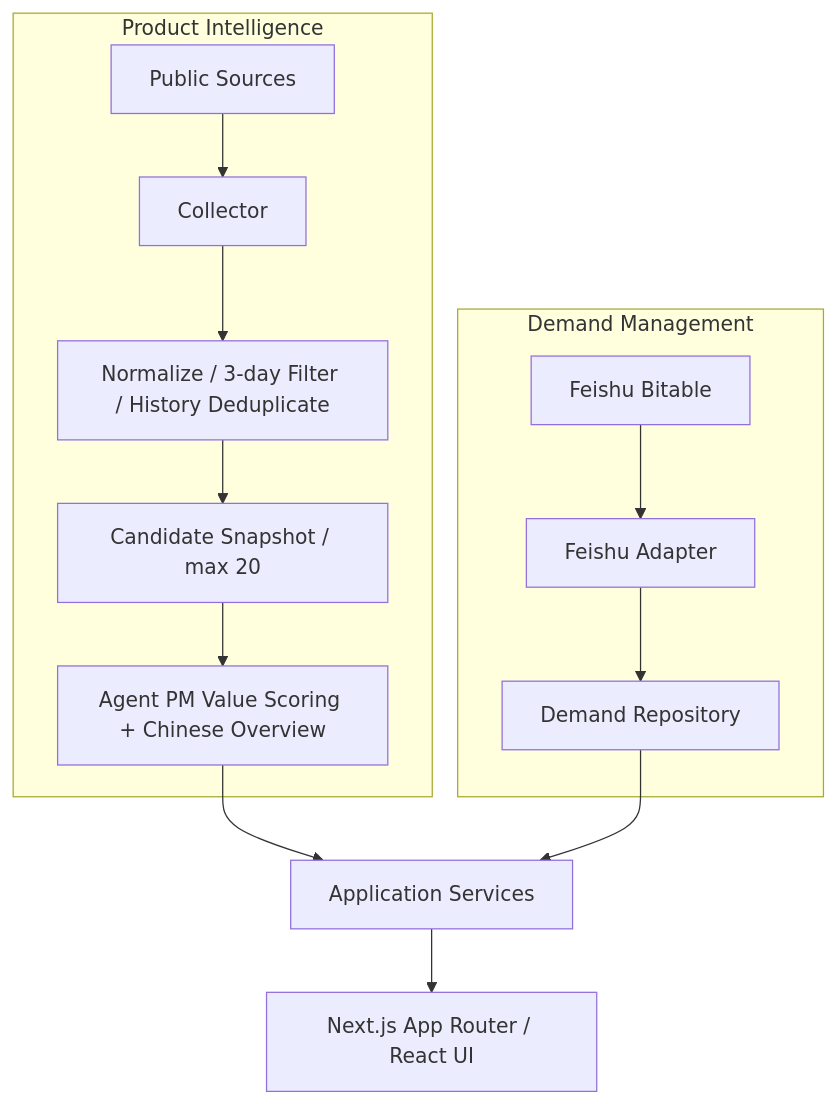
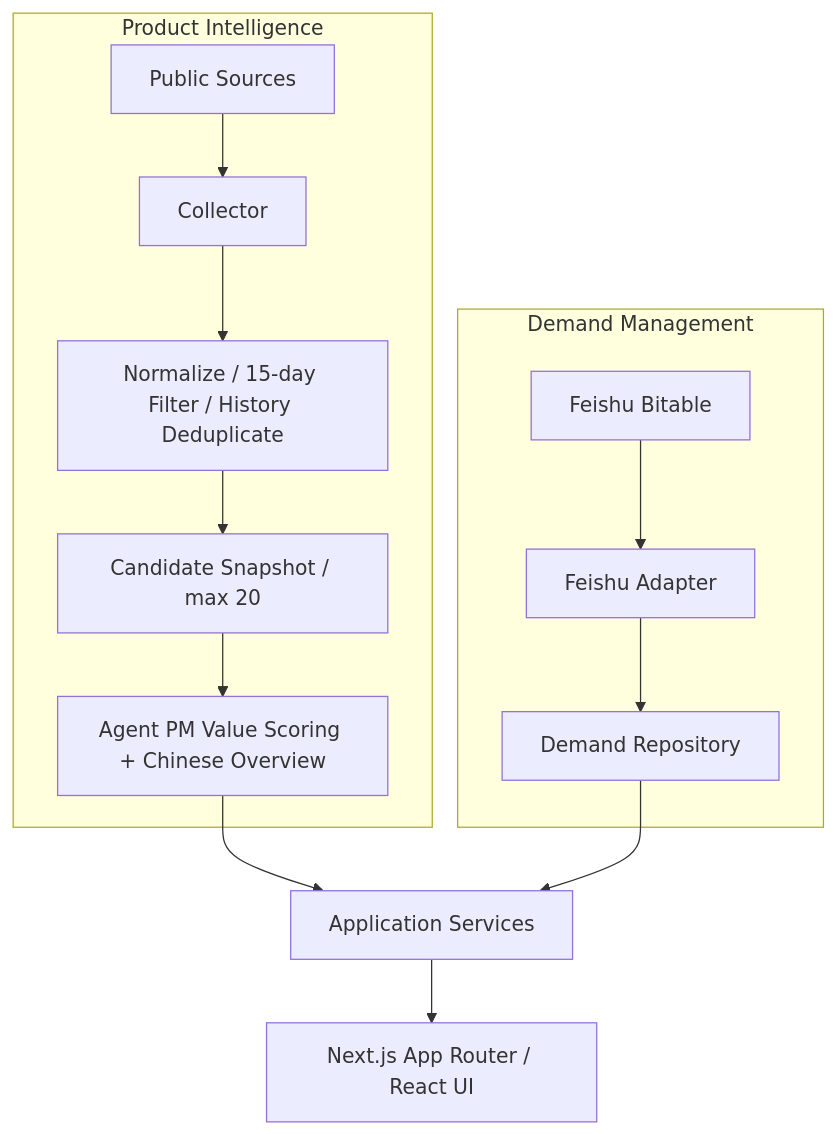
The third of 5 diagrams in README.md (bbc804208302/AIPM-), drawn with Mermaid before and after one commit. The commit also changed other lines of this file and 16 other files, not shown here.

````diff
--- a/README.md
+++ b/README.md
@@ -155,18 +155,18 @@
 ```mermaid
 flowchart TB
   subgraph Intelligence[Product Intelligence]
     PS[Public Sources] --> CO[Collector]
-    CO --> NR[Normalize / 3-day Filter / History Deduplicate]
+    CO --> NR[Normalize / 15-day Filter / History Deduplicate]
     NR --> IR[Candidate Snapshot / max 20]
     IR --> IA[Agent PM Value Scoring + Chinese Overview]
   end
 
   subgraph Demand[Demand Management]
     FB[Feishu Bitable] --> FA[Feishu Adapter]
     FA --> DR[Demand Repository]
   end
 
   IA --> AS[Application Services]
   DR --> AS
   AS --> UI[Next.js App Router / React UI]
 ```
````
